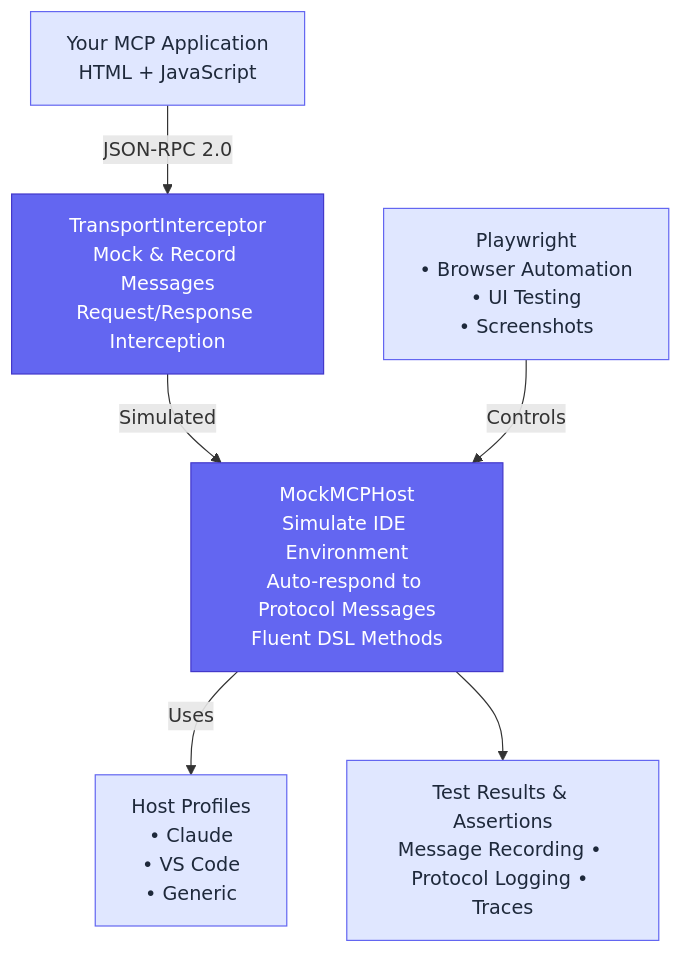
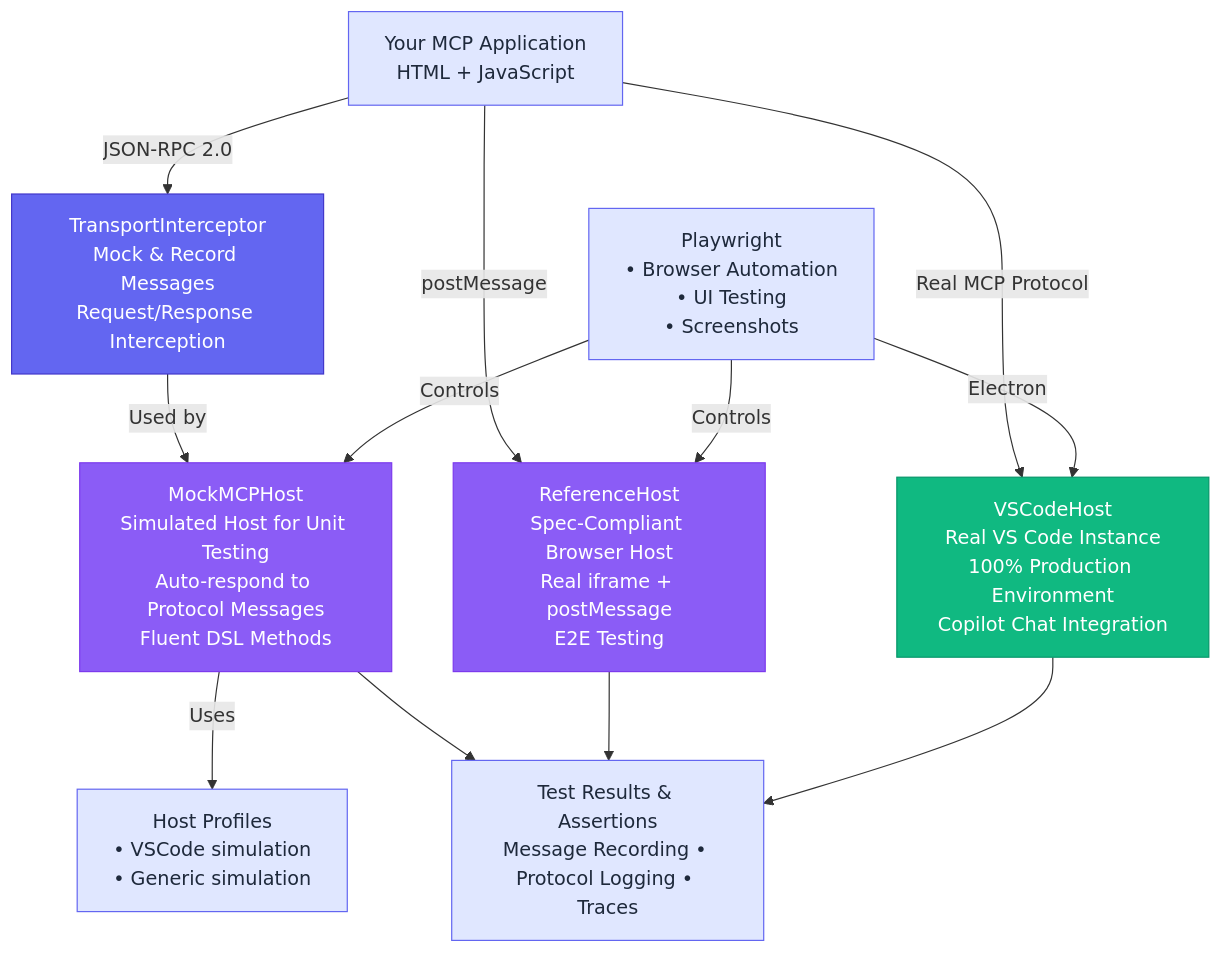
The diagram in README.md (aviveldan/mcp-apps-testing), drawn with Mermaid before and after one commit. The commit also changed other lines of this file and 2 other files, not shown here.

Commit message:
Update README and code docs to accurately reflect host simulation vs real hosts

````diff
--- a/README.md
+++ b/README.md
@@ -113,21 +118,33 @@
 ```mermaid
 graph TD
     App[Your MCP Application<br/>HTML + JavaScript]
     PW[Playwright<br/>• Browser Automation<br/>• UI Testing<br/>• Screenshots]
     
     App -->|JSON-RPC 2.0| TI[TransportInterceptor<br/>Mock & Record Messages<br/>Request/Response Interception]
     
-    TI -->|Simulated| Host[MockMCPHost<br/>Simulate IDE Environment<br/>Auto-respond to Protocol Messages<br/>Fluent DSL Methods]
+    TI -->|Used by| Mock[MockMCPHost<br/>Simulated Host for Unit Testing<br/>Auto-respond to Protocol Messages<br/>Fluent DSL Methods]
     
-    PW -->|Controls| Host
-    Host -->|Uses| Profiles[Host Profiles<br/>• Claude<br/>• VS Code<br/>• Generic]
+    PW -->|Controls| Mock
+    Mock -->|Uses| Profiles[Host Profiles<br/>• VSCode simulation<br/>• Generic simulation]
     
-    Host --> Results[Test Results & Assertions<br/>Message Recording • Protocol Logging • Traces]
+    App -->|postMessage| Ref[ReferenceHost<br/>Spec-Compliant Browser Host<br/>Real iframe + postMessage<br/>E2E Testing]
+    
+    PW -->|Controls| Ref
+    
+    App -->|Real MCP Protocol| VSC[VSCodeHost<br/>Real VS Code Instance<br/>100% Production Environment<br/>Copilot Chat Integration]
+    
+    PW -->|Electron| VSC
+    
+    Mock --> Results[Test Results & Assertions<br/>Message Recording • Protocol Logging • Traces]
+    Ref --> Results
+    VSC --> Results
     
     style App fill:#e0e7ff,stroke:#6366f1,color:#1e293b
     style TI fill:#6366f1,stroke:#4338ca,color:#fff
-    style Host fill:#6366f1,stroke:#4338ca,color:#fff
+    style Mock fill:#8b5cf6,stroke:#7c3aed,color:#fff
+    style Ref fill:#8b5cf6,stroke:#7c3aed,color:#fff
+    style VSC fill:#10b981,stroke:#059669,color:#fff
     style Profiles fill:#e0e7ff,stroke:#6366f1,color:#1e293b
     style PW fill:#e0e7ff,stroke:#6366f1,color:#1e293b
     style Results fill:#e0e7ff,stroke:#6366f1,color:#1e293b
 ```
````
